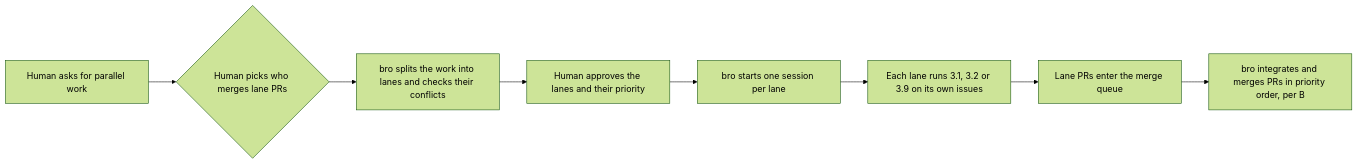
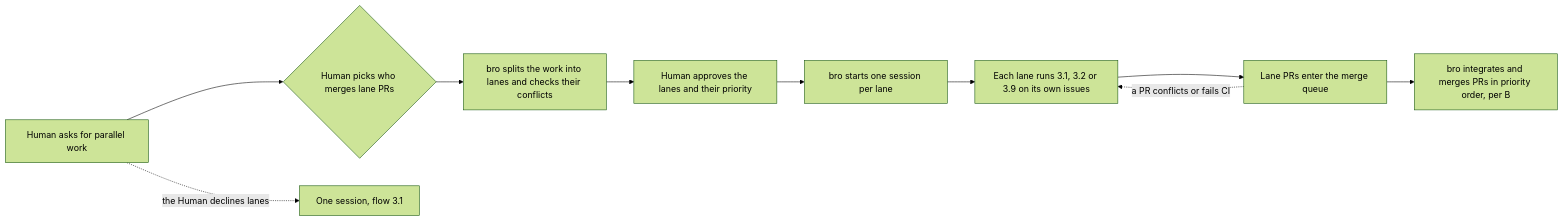
Diagram 12 of 19 in docs/architecture/FLOWS.md (trustmybot/plugin), drawn with Mermaid (forest theme) before and after one commit. The commit also changed 2 other files, not shown here.

Commit message:
📝 docs(lanes): fill the edge cases of parallel lanes (GH 3260)
- What has shipped (GH 3020) against what is planned.
- A declined lane run, a session that fails to start, an issue already
  owned, a lane with nothing actionable, and a spend cap.
- Merge queue: a conflict is rework, a refused merge, a missing merge
  choice, a PR awaiting the Human, repos with no remote, one queue per
  repo.
- Recovery: a stuck or dead lane, issue transfer, reopen, archive
  mid-task, and when a lane and a run are done.

````diff
--- a/docs/architecture/FLOWS.md
+++ b/docs/architecture/FLOWS.md
@@ -172,10 +172,12 @@
 ```mermaid
 flowchart LR
     A[Human asks for parallel work] --> B{Human picks who merges lane PRs}
     B --> C[bro splits the work into lanes and checks their conflicts]
     C --> D[Human approves the lanes and their priority]
     D --> E[bro starts one session per lane]
     E --> F[Each lane runs 3.1, 3.2 or 3.9 on its own issues]
     F --> G[Lane PRs enter the merge queue]
     G --> H[bro integrates and merges PRs in priority order, per B]
+    G -. a PR conflicts or fails CI .-> F
+    A -. the Human declines lanes .-> S[One session, flow 3.1]
 ```
````
